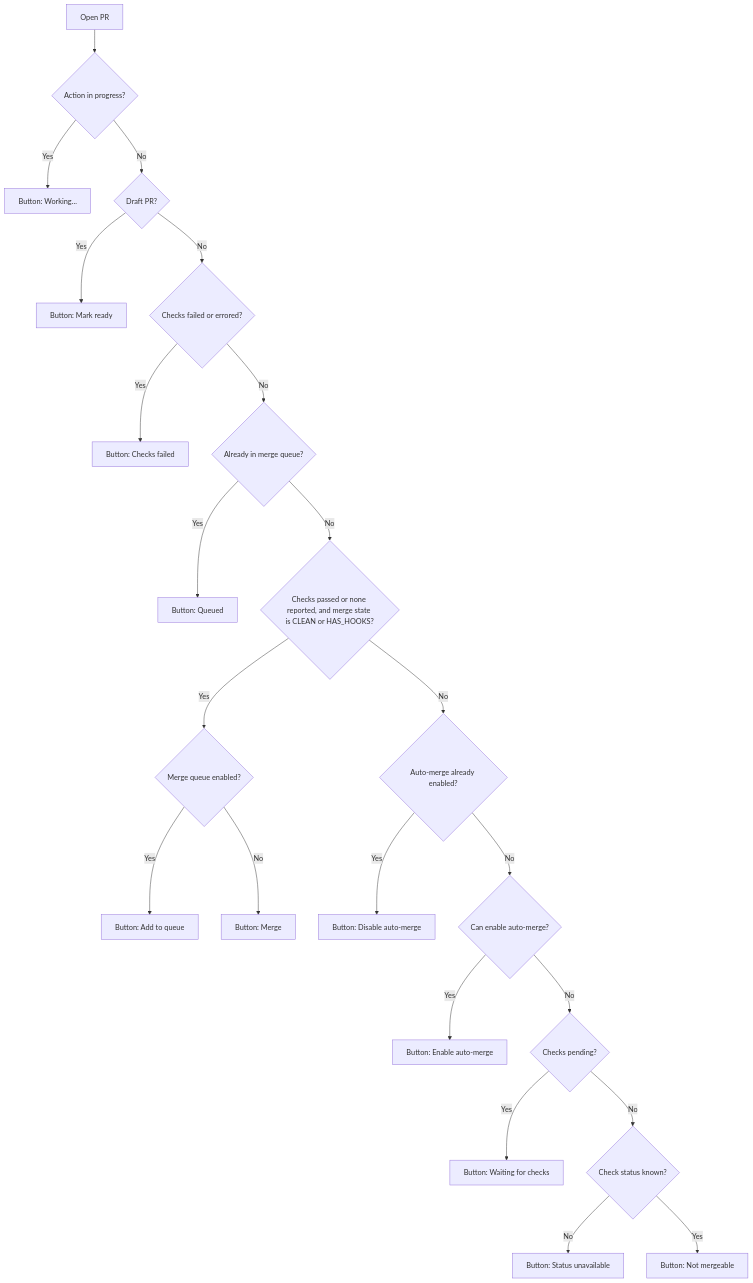
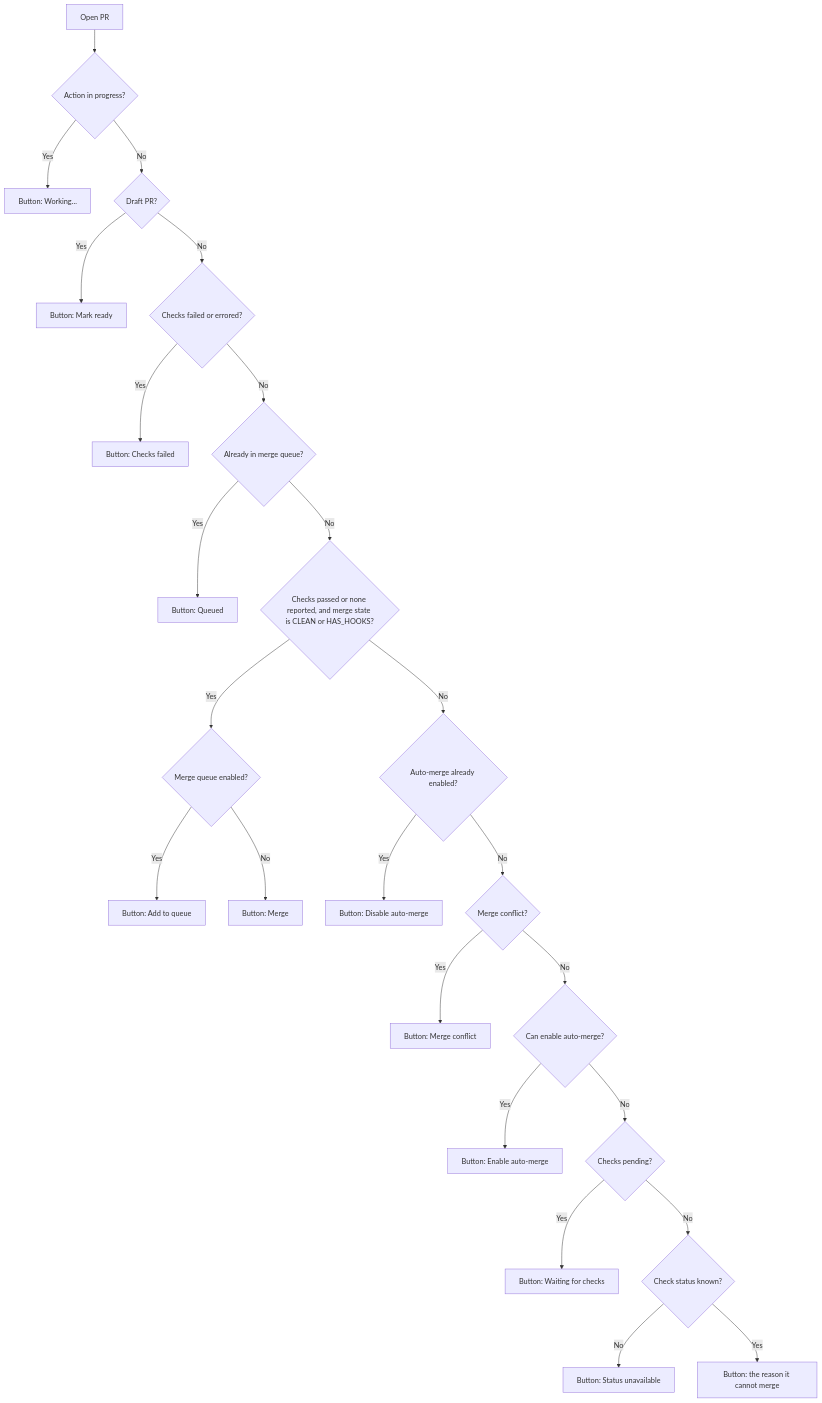
Before and after one commit to ilstar/github-panel: the diagram in docs/merge-button-flow.md, drawn with Mermaid. The commit also changed other lines of this file and 4 other files, not shown here.

First line of the commit message:
Say why a pull request cannot merge

````diff
--- a/docs/merge-button-flow.md
+++ b/docs/merge-button-flow.md
@@ -7,24 +7,26 @@
 ```mermaid
 flowchart TD
     pr["Open PR"] --> working{"Action in progress?"}
     working -- "Yes" --> workingButton["Button: Working..."]
     working -- "No" --> draft{"Draft PR?"}
     draft -- "Yes" --> markReady["Button: Mark ready"]
     draft -- "No" --> failed{"Checks failed or errored?"}
     failed -- "Yes" --> checksFailed["Button: Checks failed"]
     failed -- "No" --> queuedCheck{"Already in merge queue?"}
     queuedCheck -- "Yes" --> queued["Button: Queued"]
     queuedCheck -- "No" --> mergeable{"Checks passed or none reported, and merge state is CLEAN or HAS_HOOKS?"}
     mergeable -- "Yes" --> queueEnabled{"Merge queue enabled?"}
     queueEnabled -- "Yes" --> enqueue["Button: Add to queue"]
     queueEnabled -- "No" --> merge["Button: Merge"]
     mergeable -- "No" --> autoOn{"Auto-merge already enabled?"}
     autoOn -- "Yes" --> disable["Button: Disable auto-merge"]
-    autoOn -- "No" --> autoAvailable{"Can enable auto-merge?"}
+    autoOn -- "No" --> conflict{"Merge conflict?"}
+    conflict -- "Yes" --> conflictButton["Button: Merge conflict"]
+    conflict -- "No" --> autoAvailable{"Can enable auto-merge?"}
     autoAvailable -- "Yes" --> enable["Button: Enable auto-merge"]
     autoAvailable -- "No" --> pending{"Checks pending?"}
     pending -- "Yes" --> waiting["Button: Waiting for checks"]
     pending -- "No" --> known{"Check status known?"}
     known -- "No" --> unavailable["Button: Status unavailable"]
-    known -- "Yes" --> blocked["Button: Not mergeable"]
+    known -- "Yes" --> blocked["Button: the reason it cannot merge"]
 ```
````
